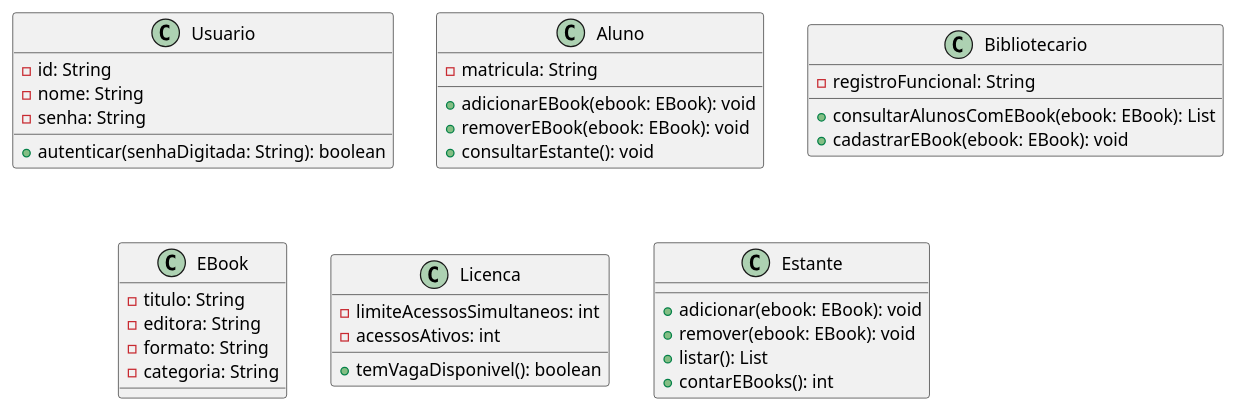
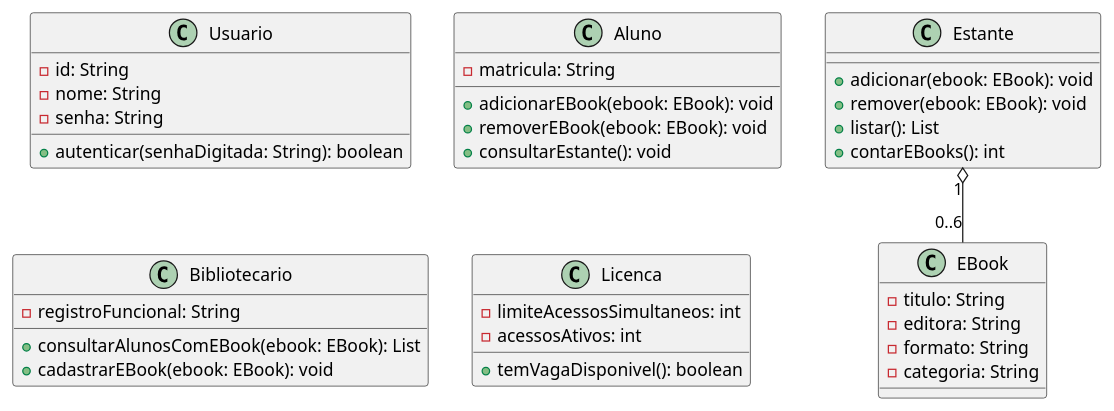
The diagram in docs/diagramas/diagrama-de-classes.puml (najarhenrique/lab01-ebooks-biblioteca), drawn with PlantUML before and after one commit. The commit also changed 1 other file, not shown here.

Commit message:
criacao do relacionamento de agregacao entre Estante e EBook

```diff
--- a/docs/diagramas/diagrama-de-classes.puml
+++ b/docs/diagramas/diagrama-de-classes.puml
@@ -1,43 +1,45 @@
 @startuml diagrama_de_classes_ebooks
 
 class Usuario {
   - id: String
   - nome: String
   - senha: String
   + autenticar(senhaDigitada: String): boolean
 }
 
 class Aluno {
   - matricula: String
   + adicionarEBook(ebook: EBook): void
   + removerEBook(ebook: EBook): void
   + consultarEstante(): void
 }
 
 class Bibliotecario {
   - registroFuncional: String
   + consultarAlunosComEBook(ebook: EBook): List
   + cadastrarEBook(ebook: EBook): void
 }
 
 class EBook {
   - titulo: String
   - editora: String
   - formato: String
   - categoria: String
 }
 
 class Licenca {
   - limiteAcessosSimultaneos: int
   - acessosAtivos: int
   + temVagaDisponivel(): boolean
 }
 
 class Estante {
   + adicionar(ebook: EBook): void
   + remover(ebook: EBook): void
   + listar(): List
   + contarEBooks(): int
 }
 
+Estante "1" o-- "0..6" EBook
+
 @enduml
```
